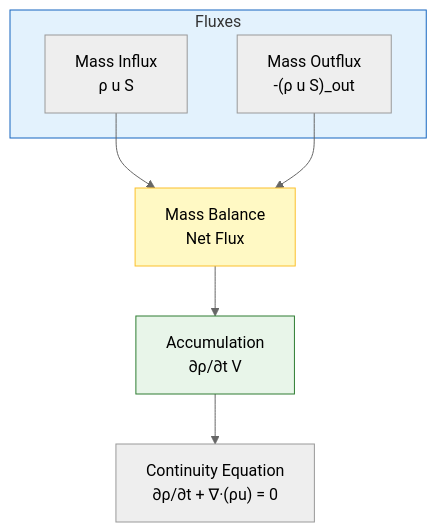
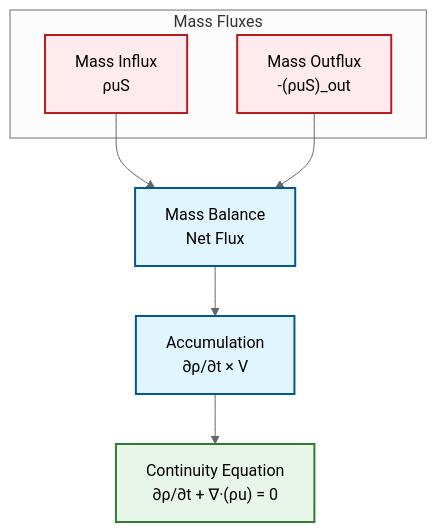
The third of 8 diagrams in MODULE_01_CFD_FUNDAMENTALS/CONTENT/02_FINITE_VOLUME_METHOD/02_Fundamental_Concepts.md (wramet/build-my-cfd), drawn with Mermaid (neutral theme) before and after one commit. The commit also changed other lines of this file and 313 other files, not shown here.

Commit message:
Revise all diagram

````diff
--- a/MODULE_01_CFD_FUNDAMENTALS/CONTENT/02_FINITE_VOLUME_METHOD/02_Fundamental_Concepts.md
+++ b/MODULE_01_CFD_FUNDAMENTALS/CONTENT/02_FINITE_VOLUME_METHOD/02_Fundamental_Concepts.md
@@ -128,18 +121,18 @@
 ```mermaid
 graph TD
-    subgraph Fluxes
-        In["Mass Influx<br/>ρ u S"]
-        Out["Mass Outflux<br/>-(ρ u S)_out"]
-    end
+classDef implicit fill:#e1f5fe,stroke:#01579b,stroke-width:2px;
+classDef explicit fill:#ffebee,stroke:#b71c1c,stroke-width:2px;
+classDef success fill:#e8f5e9,stroke:#2e7d32,stroke-width:2px;
 
-    In --> Balance["Mass Balance<br/>Net Flux"]
-    Out --> Balance
+subgraph Fluxes["Mass Fluxes"]
+    In["Mass Influx<br/>ρuS"]:::explicit
+    Out["Mass Outflux<br/>-(ρuS)_out"]:::explicit
+end
 
-    Balance --> Accum["Accumulation<br/>∂ρ/∂t V"]
+In --> Balance["Mass Balance<br/>Net Flux"]:::implicit
+Out --> Balance
 
-    Accum --> Eq["Continuity Equation<br/>∂ρ/∂t + ∇·(ρu) = 0"]
+Balance --> Accum["Accumulation<br/>∂ρ/∂t × V"]:::implicit
 
-    style Fluxes fill:#e3f2fd,stroke:#1565c0
-    style Balance fill:#fff9c4,stroke:#fbc02d
-    style Accum fill:#e8f5e9,stroke:#2e7d32
+Accum --> Eq["Continuity Equation<br/>∂ρ/∂t + ∇·(ρu) = 0"]:::success
 ```
````
